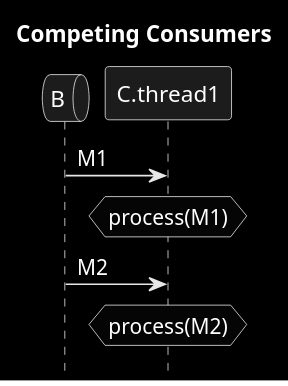
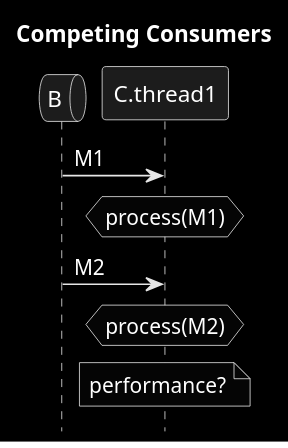
Before and after one commit to victorrentea/kafka: the diagram in patterns/2__competing_consumers.puml, drawn with PlantUML. The commit also changed 47 other files, not shown here.

```diff
--- a/patterns/2__competing_consumers.puml
+++ b/patterns/2__competing_consumers.puml
@@ -1,11 +1,11 @@
 @startuml
 title Competing Consumers
 hide footbox
 skinparam monochrome reverse
 queue B
-
 B->C.thread1: M1
 hnote over C.thread1: process(M1)
 B->C.thread1: M2
 hnote over C.thread1: process(M2)
+note over C.thread1: performance?
 @enduml
```
